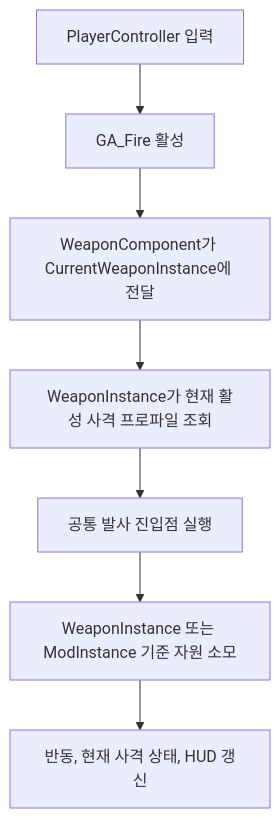
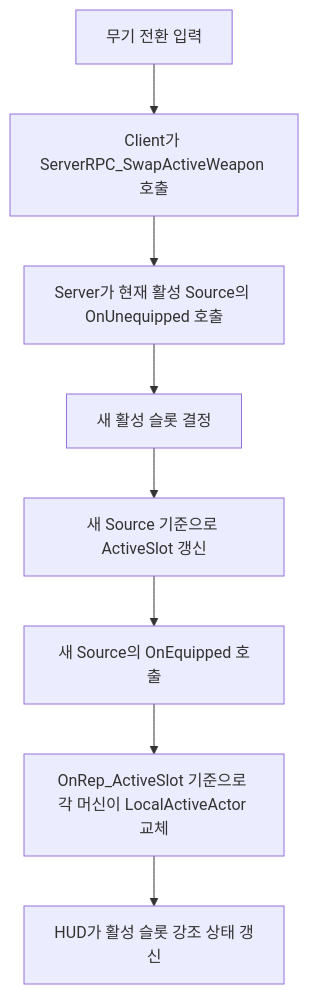
The second of 4 diagrams in Docs/[시스템 기획] 무기_장비.md (TeamApoc/ProjectR), drawn with Mermaid before and after one commit. The commit also changed other lines of this file, not shown here.

````diff
--- a/Docs/[시스템 기획] 무기_장비.md
+++ b/Docs/[시스템 기획] 무기_장비.md
@@ -167,9 +197,10 @@
 ```mermaid
 flowchart TD
-    A[PlayerController 입력] --> B[GA_Fire 활성]
-    B --> C[WeaponComponent가 CurrentWeaponInstance에 전달]
-    C --> D[WeaponInstance가 현재 활성 사격 프로파일 조회]
-    D --> E[공통 발사 진입점 실행]
-    E --> F[WeaponInstance 또는 ModInstance 기준 자원 소모]
-    F --> G[반동, 현재 사격 상태, HUD 갱신]
+    A[무기 전환 입력] --> B[Client가 ServerRPC_SwapActiveWeapon 호출]
+    B --> C[Server가 현재 활성 Source의 OnUnequipped 호출]
+    C --> D[새 활성 슬롯 결정]
+    D --> E[새 Source 기준으로 ActiveSlot 갱신]
+    E --> F[새 Source의 OnEquipped 호출]
+    F --> G[OnRep_ActiveSlot 기준으로 각 머신이 LocalActiveActor 교체]
+    G --> H[HUD가 활성 슬롯 강조 상태 갱신]
 ```
````
